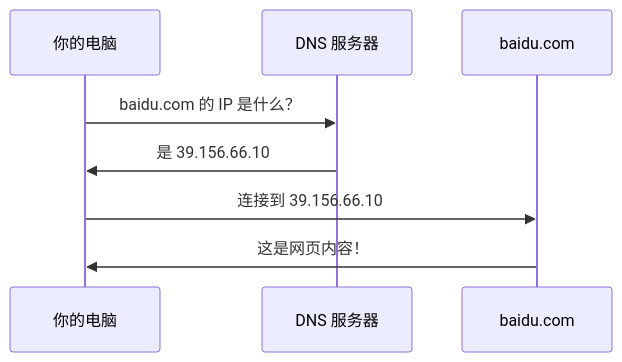
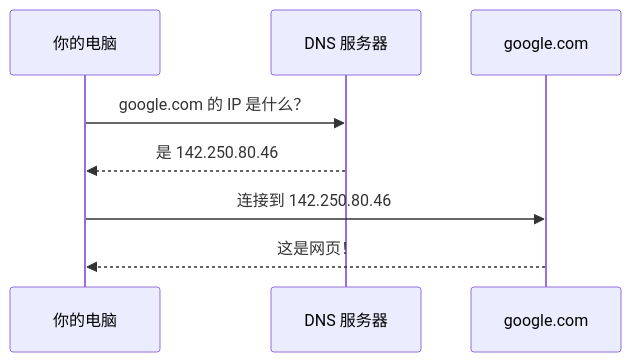
The second of 7 diagrams in prisma-docs/i18n/zh-Hans/docusaurus-plugin-content-docs-guide/current/basics.md (prisma-proxy/prisma), drawn with Mermaid before and after one commit. The commit also changed other lines of this file and 37 other files, not shown here.

First line of the commit message:
docs: rewrite guide with 30+ Mermaid diagrams, fix multi-instance config

````diff
--- a/prisma-docs/i18n/zh-Hans/docusaurus-plugin-content-docs-guide/current/basics.md
+++ b/prisma-docs/i18n/zh-Hans/docusaurus-plugin-content-docs-guide/current/basics.md
@@ -58,11 +25,11 @@
 ```mermaid
 sequenceDiagram
     participant You as 你的电脑
     participant DNS as DNS 服务器
-    participant Web as baidu.com
+    participant Web as google.com
 
-    You->>DNS: baidu.com 的 IP 是什么？
-    DNS->>You: 是 39.156.66.10
-    You->>Web: 连接到 39.156.66.10
-    Web->>You: 这是网页内容！
+    You->>DNS: google.com 的 IP 是什么？
+    DNS-->>You: 是 142.250.80.46
+    You->>Web: 连接到 142.250.80.46
+    Web-->>You: 这是网页！
 ```
````
